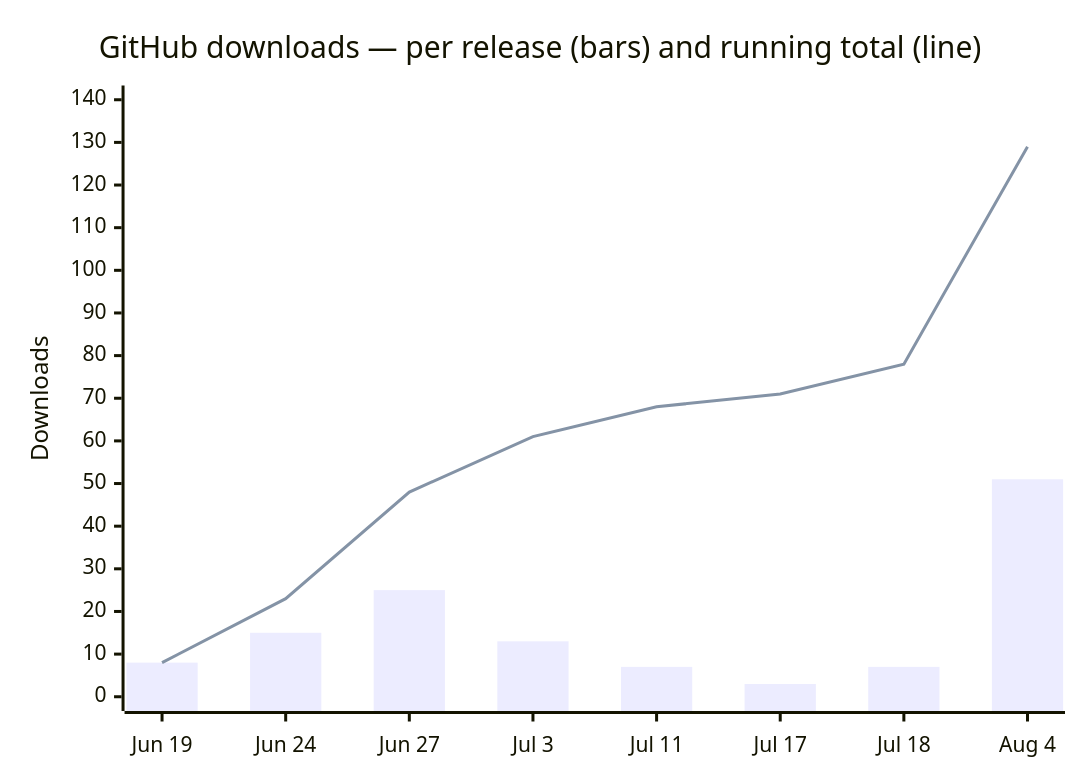
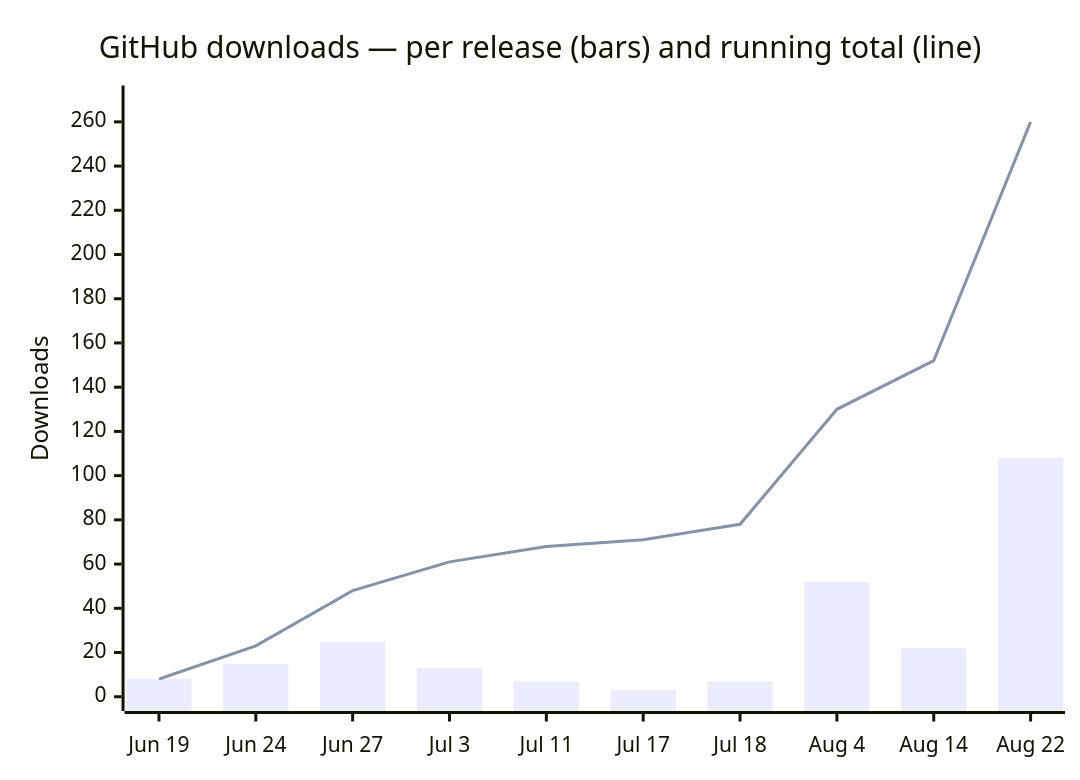
The diagram in README.md (0xabhilok/lockinra-site), drawn with Mermaid before and after one commit. The commit also changed other lines of this file, not shown here.

````diff
--- a/README.md
+++ b/README.md
@@ -21,8 +21,8 @@
 ```mermaid
 xychart-beta
     title "GitHub downloads — per release (bars) and running total (line)"
-    x-axis ["Jun 19", "Jun 24", "Jun 27", "Jul 3", "Jul 11", "Jul 17", "Jul 18", "Aug 4"]
-    y-axis "Downloads" 0 --> 140
-    bar [8, 15, 25, 13, 7, 3, 7, 51]
-    line [8, 23, 48, 61, 68, 71, 78, 129]
+    x-axis ["Jun 19", "Jun 24", "Jun 27", "Jul 3", "Jul 11", "Jul 17", "Jul 18", "Aug 4", "Aug 14", "Aug 22"]
+    y-axis "Downloads" 0 --> 270
+    bar [8, 15, 25, 13, 7, 3, 7, 52, 22, 108]
+    line [8, 23, 48, 61, 68, 71, 78, 130, 152, 260]
 ```
````
